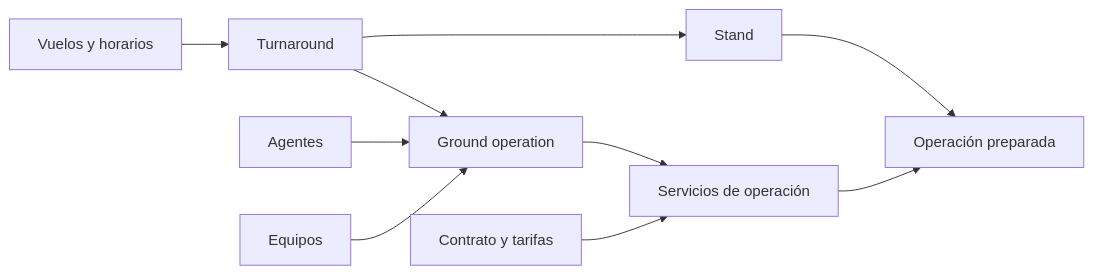
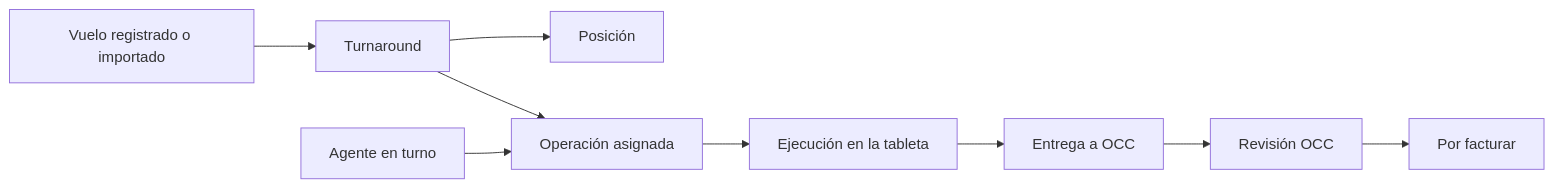
One commit to ErickEduardo027/ELEVANT changed the first of 2 diagrams in Vault/02-producto/recorridos-end-to-end.md. Above: the diagram before and after it, drawn with Mermaid. The commit also changed other lines of this file and 51 other files, not shown here.

````diff
--- a/Vault/02-producto/recorridos-end-to-end.md
+++ b/Vault/02-producto/recorridos-end-to-end.md
@@ -47,12 +99,11 @@
 ```mermaid
 flowchart LR
-    F[Vuelos y horarios] --> T[Turnaround]
-    T --> ST[Stand]
-    T --> OP[Ground operation]
-    AG[Agentes] --> OP
-    EQ[Equipos] --> OP
-    OP --> OS[Servicios de operación]
-    C[Contrato y tarifas] --> OS
-    ST --> READY[Operación preparada]
-    OS --> READY
+    F[Vuelo registrado o importado] --> T[Turnaround]
+    T --> ST[Posición]
+    T --> OP[Operación asignada]
+    AG[Agente en turno] --> OP
+    OP --> EX[Ejecución en la tableta]
+    EX --> SUB[Entrega a OCC]
+    SUB --> REV[Revisión OCC]
+    REV --> FIN[Por facturar]
 ```
````
